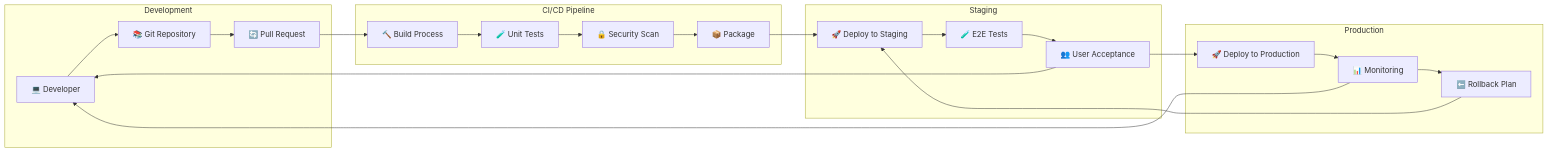
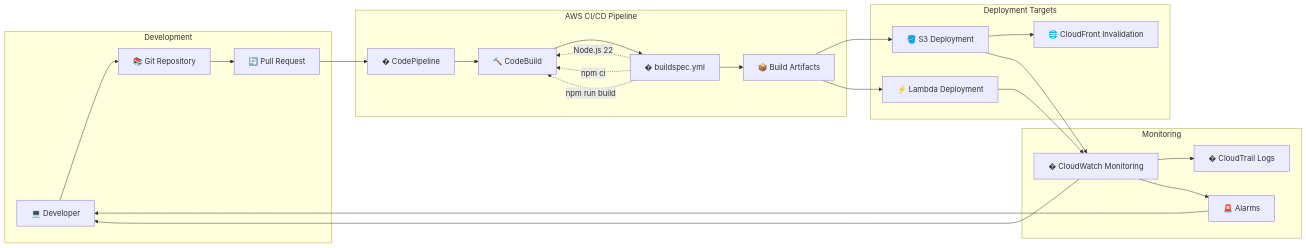
The seventh of 10 diagrams in ARCHITECTURE_DIAGRAMS.md (SanjeevGO123/drive-clone), drawn with Mermaid before and after one commit. The commit also changed other lines of this file and 15 other files, not shown here.

Commit message:
updated Diagrams

````diff
--- a/ARCHITECTURE_DIAGRAMS.md
+++ b/ARCHITECTURE_DIAGRAMS.md
@@ -418,45 +643,52 @@
 ```mermaid
 graph LR
     subgraph "Development"
         Dev[💻 Developer]
         Git[📚 Git Repository]
         PR[🔄 Pull Request]
     end
     
-    subgraph "CI/CD Pipeline"
-        Build[🔨 Build Process]
-        Test[🧪 Unit Tests]
-        Security[🔒 Security Scan]
-        Package[📦 Package]
+    subgraph "AWS CI/CD Pipeline"
+        CP[� CodePipeline]
+        CB[🔨 CodeBuild]
+        BuildSpec[� buildspec.yml]
+        Artifacts[📦 Build Artifacts]
     end
     
-    subgraph "Staging"
-        StageDeploy[🚀 Deploy to Staging]
-        E2ETest[🧪 E2E Tests]
-        UAT[👥 User Acceptance]
+    subgraph "Deployment Targets"
+        S3Deploy[🪣 S3 Deployment]
+        CFInvalidate[🌐 CloudFront Invalidation]
+        LambdaDeploy[⚡ Lambda Deployment]
     end
     
-    subgraph "Production"
-        ProdDeploy[🚀 Deploy to Production]
-        Monitor[📊 Monitoring]
-        Rollback[⬅️ Rollback Plan]
+    subgraph "Monitoring"
+        Monitor[� CloudWatch Monitoring]
+        Logs[� CloudTrail Logs]
+        Alerts[🚨 Alarms]
     end
     
     Dev --> Git
     Git --> PR
-    PR --> Build
-    Build --> Test
-    Test --> Security
-    Security --> Package
-    Package --> StageDeploy
-    StageDeploy --> E2ETest
-    E2ETest --> UAT
-    UAT --> ProdDeploy
-    ProdDeploy --> Monitor
-    Monitor --> Rollback
+    PR --> CP
+    CP --> CB
+    CB --> BuildSpec
+    BuildSpec --> Artifacts
+    
+    Artifacts --> S3Deploy
+    S3Deploy --> CFInvalidate
+    Artifacts --> LambdaDeploy
+    
+    S3Deploy --> Monitor
+    LambdaDeploy --> Monitor
+    Monitor --> Logs
+    Monitor --> Alerts
     
     %% Feedback loops
+    Alerts --> Dev
     Monitor --> Dev
-    Rollback --> StageDeploy
-    UAT --> Dev
+    
+    %% Build Process Details
+    BuildSpec -.-> |Node.js 22| CB
+    BuildSpec -.-> |npm ci| CB
+    BuildSpec -.-> |npm run build| CB
 ```
````
